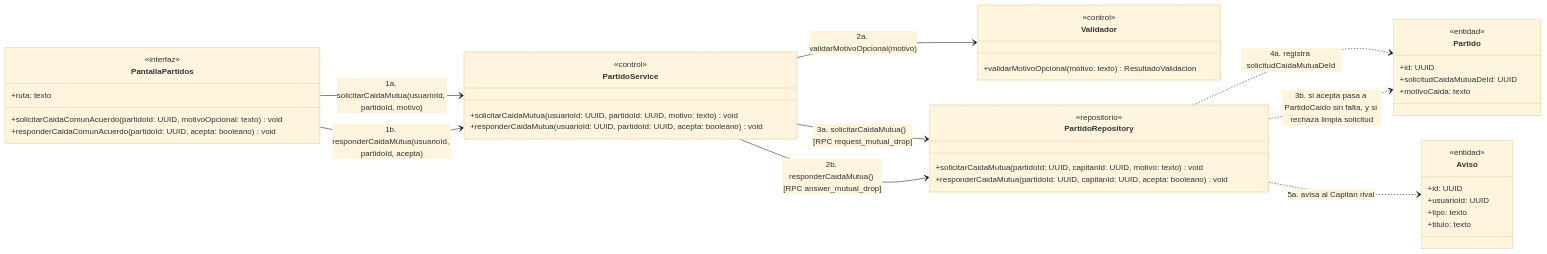
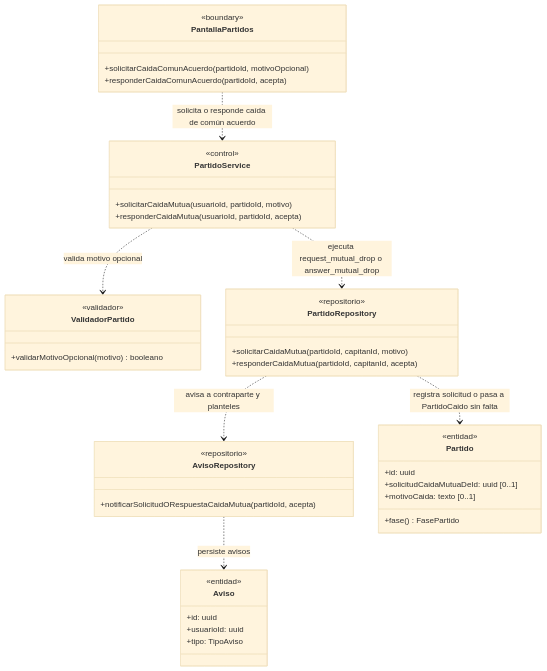
Diagram 11 of 15 in docs/diagramas-de-clase/partidos.md (nicqletal/torneos-scraper), drawn with Mermaid (base theme) before and after one commit. The commit also changed other lines of this file and 12 other files, not shown here.

Commit message:
Correcion Diagramas de Clase

````diff
--- a/docs/diagramas-de-clase/partidos.md
+++ b/docs/diagramas-de-clase/partidos.md
@@ -763,52 +697,46 @@
 ```mermaid
 classDiagram
-    direction LR
-
-    class PantallaPartidos {
-        <<interfaz>>
-        +ruta: texto
-        +solicitarCaidaComunAcuerdo(partidoId: UUID, motivoOpcional: texto) void
-        +responderCaidaComunAcuerdo(partidoId: UUID, acepta: booleano) void
-    }
-
-    class PartidoService {
-        <<control>>
-        +solicitarCaidaMutua(usuarioId: UUID, partidoId: UUID, motivo: texto) void
-        +responderCaidaMutua(usuarioId: UUID, partidoId: UUID, acepta: booleano) void
-    }
-
-    class Validador {
-        <<control>>
-        +validarMotivoOpcional(motivo: texto) ResultadoValidacion
-    }
-
-    class PartidoRepository {
-        <<repositorio>>
-        +solicitarCaidaMutua(partidoId: UUID, capitanId: UUID, motivo: texto) void
-        +responderCaidaMutua(partidoId: UUID, capitanId: UUID, acepta: booleano) void
-    }
-
-    class Partido {
-        <<entidad>>
-        +id: UUID
-        +solicitudCaidaMutuaDeId: UUID
-        +motivoCaida: texto
-    }
-
-    class Aviso {
-        <<entidad>>
-        +id: UUID
-        +usuarioId: UUID
-        +tipo: texto
-        +titulo: texto
-    }
-
-    PantallaPartidos --> PartidoService : 1a. solicitarCaidaMutua(usuarioId, partidoId, motivo)
-    PartidoService --> Validador : 2a. validarMotivoOpcional(motivo)
-    PartidoService --> PartidoRepository : 3a. solicitarCaidaMutua() [RPC request_mutual_drop]
-    PartidoRepository ..> Partido : 4a. registra solicitudCaidaMutuaDeId
-    PartidoRepository ..> Aviso : 5a. avisa al Capitan rival
-    PantallaPartidos --> PartidoService : 1b. responderCaidaMutua(usuarioId, partidoId, acepta)
-    PartidoService --> PartidoRepository : 2b. responderCaidaMutua() [RPC answer_mutual_drop]
-    PartidoRepository ..> Partido : 3b. si acepta pasa a PartidoCaido sin falta, y si rechaza limpia solicitud
+direction TB
+class PantallaPartidos {
+  <<boundary>>
+  +solicitarCaidaComunAcuerdo(partidoId, motivoOpcional)
+  +responderCaidaComunAcuerdo(partidoId, acepta)
+}
+class PartidoService {
+  <<control>>
+  +solicitarCaidaMutua(usuarioId, partidoId, motivo)
+  +responderCaidaMutua(usuarioId, partidoId, acepta)
+}
+class ValidadorPartido {
+  <<validador>>
+  +validarMotivoOpcional(motivo) booleano
+}
+class PartidoRepository {
+  <<repositorio>>
+  +solicitarCaidaMutua(partidoId, capitanId, motivo)
+  +responderCaidaMutua(partidoId, capitanId, acepta)
+}
+class AvisoRepository {
+  <<repositorio>>
+  +notificarSolicitudORespuestaCaidaMutua(partidoId, acepta)
+}
+class Partido {
+  <<entidad>>
+  +id: uuid
+  +solicitudCaidaMutuaDeId: uuid [0..1]
+  +motivoCaida: texto [0..1]
+  +fase() FasePartido
+}
+class Aviso {
+  <<entidad>>
+  +id: uuid
+  +usuarioId: uuid
+  +tipo: TipoAviso
+}
+PantallaPartidos ..> PartidoService : solicita o responde caída de común acuerdo
+PartidoService ..> ValidadorPartido : valida motivo opcional
+PartidoService ..> PartidoRepository : ejecuta request_mutual_drop o answer_mutual_drop
+PartidoRepository ..> Partido : registra solicitud o pasa a PartidoCaido sin falta
+PartidoRepository ..> AvisoRepository : avisa a contraparte y planteles
+AvisoRepository ..> Aviso : persiste avisos
 ```
````
